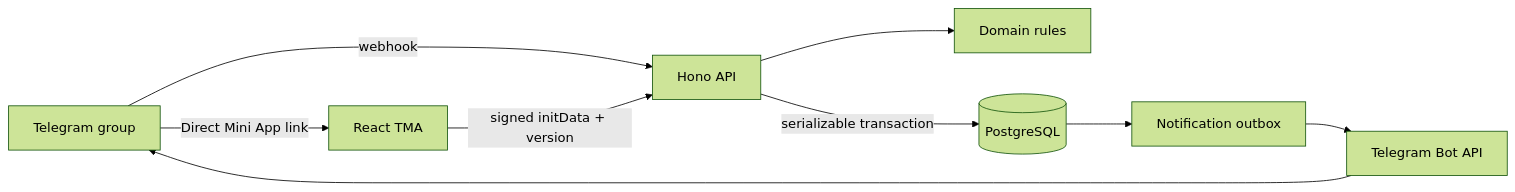
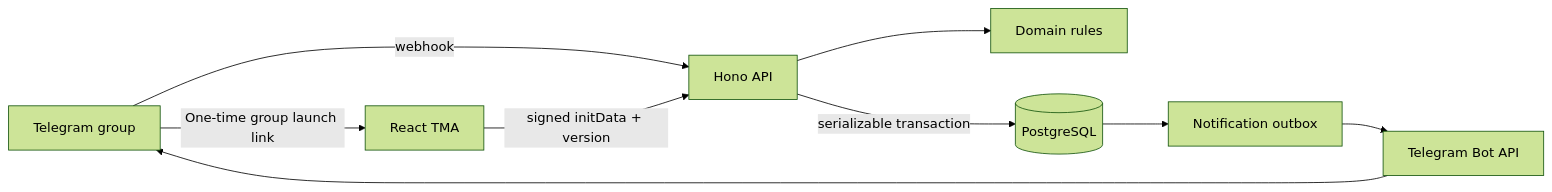
Before and after one commit to pavelivanov/twilight-of-the-empire-draft: the diagram in docs/architecture.md, drawn with Mermaid (forest theme). The commit also changed other lines of this file and 29 other files, not shown here.

````diff
--- a/docs/architecture.md
+++ b/docs/architecture.md
@@ -19,11 +19,11 @@
 ```mermaid
 flowchart LR
     TG["Telegram group"] -->|"webhook"| API["Hono API"]
-    TG -->|"Direct Mini App link"| WEB["React TMA"]
+    TG -->|"One-time group launch link"| WEB["React TMA"]
     WEB -->|"signed initData + version"| API
     API --> DOMAIN["Domain rules"]
     API -->|"serializable transaction"| DB[("PostgreSQL")]
     DB --> OUTBOX["Notification outbox"]
     OUTBOX --> BOT["Telegram Bot API"]
     BOT --> TG
 ```
````
